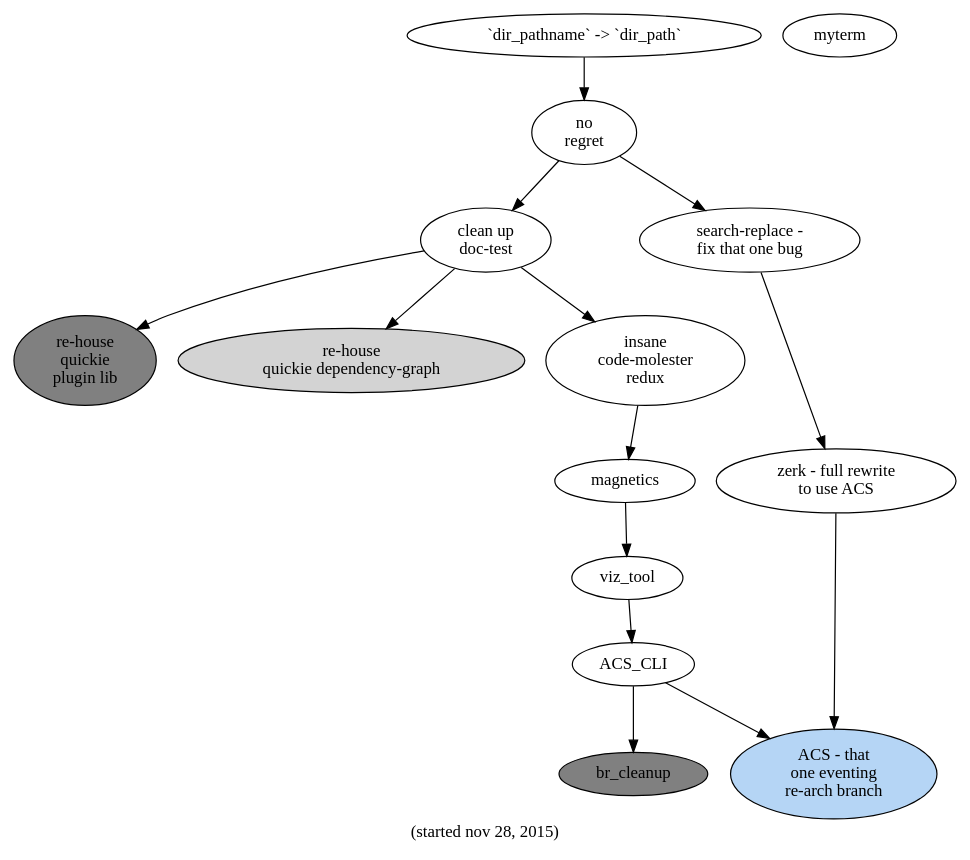
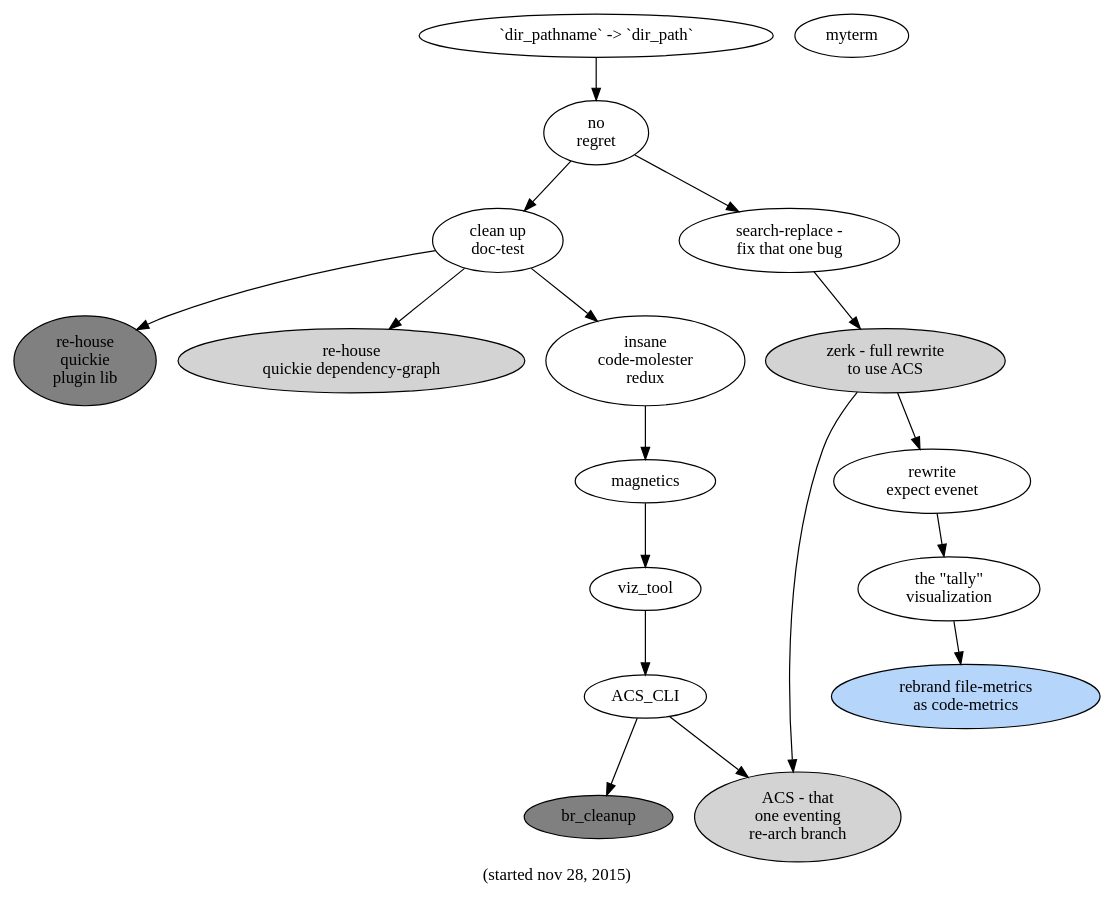
One commit to hipe/tmx changed the diagram in slicer/doc/the-big-pictures-of-now/04-no-regret.dot. Above: the diagram before and after it, drawn with Graphviz. The commit also changed 82 other files, not shown here.

```diff
--- a/slicer/doc/the-big-pictures-of-now/04-no-regret.dot
+++ b/slicer/doc/the-big-pictures-of-now/04-no-regret.dot
@@ -1,36 +1,42 @@
 digraph g {
 
   /* color for active thing: #b5d5fb */
 
   label="(started nov 28, 2015)"
 
   clean_up_doctest -> re_house_xx
   re_house_xx [label="re-house\nquickie\nplugin lib" fillcolor="gray" style="filled"]
   clean_up_doctest [label="clean up\ndoc-test" ]
   clean_up_doctest -> re_house_yy
   re_house_yy [label="re-house\nquickie dependency-graph" style="filled"]
   clean_up_doctest->insane_CM_redux
   insane_CM_redux [label="insane\ncode-molester\nredux"]
 
   insane_CM_redux->mag
   mag [label="magnetics" ]
   mag -> viz_tool
 
   viz_tool -> ACS_CLI
   ACS_CLI -> br_cleanup
   ACS_CLI -> acs
   br_cleanup [style=filled fillcolor="grey"]
 
   no_regret -> sea
   no_regret -> clean_up_doctest
 
   myterm
   dpn->no_regret
   dpn [label="`dir_pathname` -> `dir_path`"]
   sea [label="search-replace -\nfix that one bug"]
   sea->zerk
-  zerk [label="zerk - full rewrite\nto use ACS"]
+  zerk [label="zerk - full rewrite\nto use ACS" style=filled]
+  zerk->expect_event
+  expect_event [label="rewrite\nexpect evenet"]
+  expect_event -> tally
+  tally [label="the \"tally\"\nvisualization"]
+  tally -> rfm
+  rfm [label="rebrand file-metrics\nas code-metrics" style=filled fillcolor="#b5d5fb"]
   zerk->acs
-  acs [label="ACS - that\none eventing\nre-arch branch" style=filled fillcolor="#b5d5f5"]
+  acs [label="ACS - that\none eventing\nre-arch branch" style=filled]
   no_regret [label="no\nregret"]
 }
```
